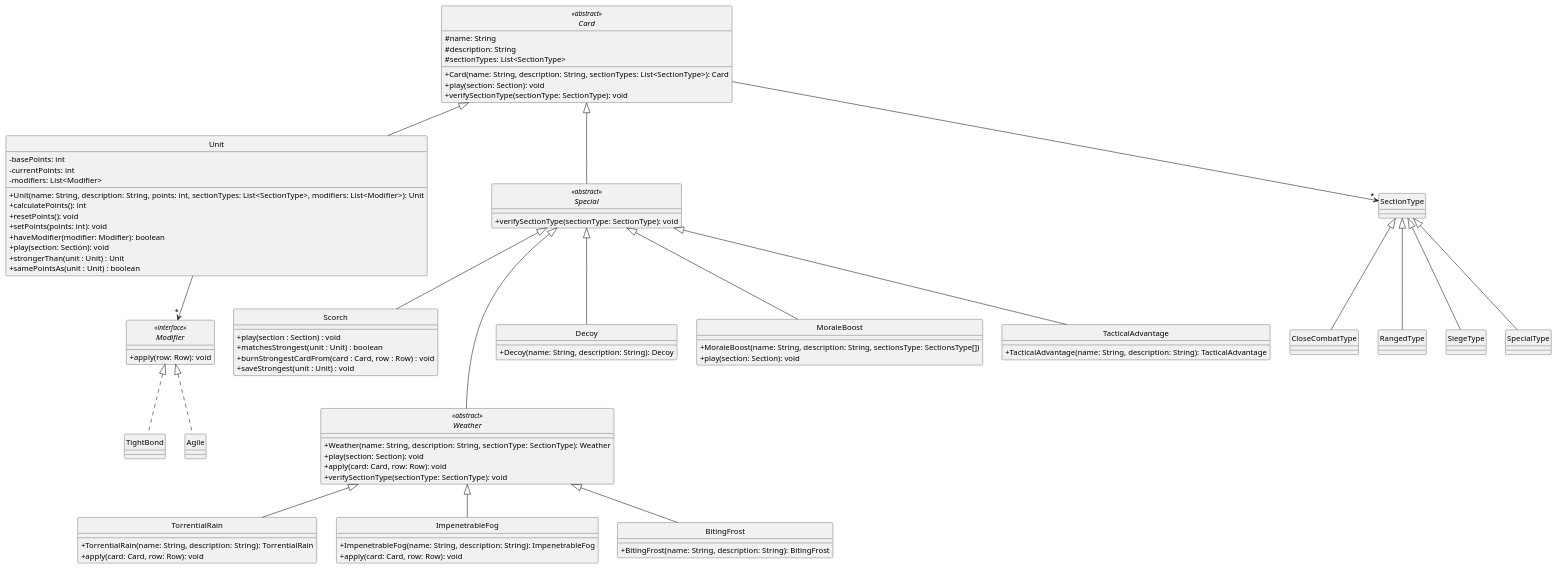
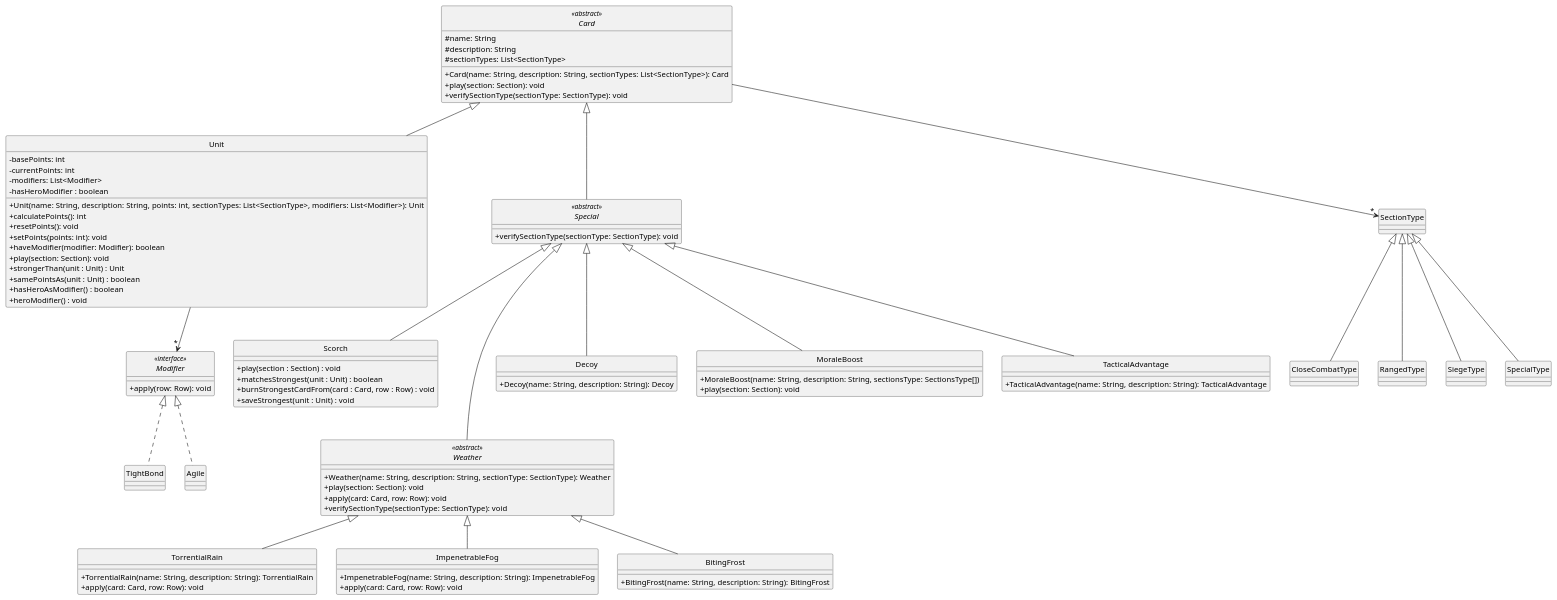
The diagram in diagrams/classes/cards.plantuml (Yonhir/algo3_proyecto_base_tp2), drawn with PlantUML before and after one commit. The commit also changed 10 other files, not shown here.

```diff
--- a/diagrams/classes/cards.plantuml
+++ b/diagrams/classes/cards.plantuml
@@ -1,118 +1,121 @@
 @startuml
 
 skinparam monochrome true
 hide circle
 skinparam classAttributeIconSize 0
 
 ' =====================
 ' CARD HIERARCHY
 ' =====================
 
 abstract class Card <<abstract>> {
   #name: String
   #description: String
   #sectionTypes: List<SectionType>
   +Card(name: String, description: String, sectionTypes: List<SectionType>): Card
   +play(section: Section): void
   +verifySectionType(sectionType: SectionType): void
 }
 
 class Unit {
   -basePoints: int
   -currentPoints: int
   -modifiers: List<Modifier>
+  -hasHeroModifier : boolean
   +Unit(name: String, description: String, points: int, sectionTypes: List<SectionType>, modifiers: List<Modifier>): Unit
   +calculatePoints(): int
   +resetPoints(): void
   +setPoints(points: int): void
   +haveModifier(modifier: Modifier): boolean
   +play(section: Section): void
   +strongerThan(unit : Unit) : Unit
   +samePointsAs(unit : Unit) : boolean
+  +hasHeroAsModifier() : boolean
+  +heroModifier() : void
 }
 
 abstract class Special <<abstract>> {
   +verifySectionType(sectionType: SectionType): void
 }
 
 class Scorch {
   +play(section : Section) : void
   +matchesStrongest(unit : Unit) : boolean
   +burnStrongestCardFrom(card : Card, row : Row) : void
   +saveStrongest(unit : Unit) : void
 }
 
 interface Modifier <<interface>> {
   +apply(row: Row): void
 }
 
 class TightBond {
 }
 
 class Agile {
 }
 
 abstract class Weather <<abstract>> {
   +Weather(name: String, description: String, sectionType: SectionType): Weather
   +play(section: Section): void
   +apply(card: Card, row: Row): void
   +verifySectionType(sectionType: SectionType): void
 }
 
 class TorrentialRain {
   +TorrentialRain(name: String, description: String): TorrentialRain
   +apply(card: Card, row: Row): void
 }
 
 class ImpenetrableFog {
   +ImpenetrableFog(name: String, description: String): ImpenetrableFog
   +apply(card: Card, row: Row): void
 }
 
 class BitingFrost {
   +BitingFrost(name: String, description: String): BitingFrost
 }
 
 class Decoy {
   +Decoy(name: String, description: String): Decoy
 }
 
 class MoraleBoost{
   +MoraleBoost(name: String, description: String, sectionsType: SectionsType[])
   +play(section: Section): void
 }
 
 class TacticalAdvantage {
   +TacticalAdvantage(name: String, description: String): TacticalAdvantage
 }
 
 ' =====================
 ' RELATIONSHIPS
 ' =====================
 
 Card <|-- Unit
 Card <|-- Special
 
 Card --> "*" SectionType
 
 SectionType <|-- CloseCombatType
 SectionType <|-- RangedType
 SectionType <|-- SiegeType
 SectionType <|-- SpecialType
 
 Unit --> "*" Modifier
 
 Modifier <|.. TightBond
 Modifier <|.. Agile
 
 Special <|-- Decoy
 Special <|-- TacticalAdvantage
 Special <|-- Scorch
 Special <|-- MoraleBoost
 Special <|--- Weather
 
 Weather <|-- TorrentialRain
 Weather <|-- ImpenetrableFog
 Weather <|-- BitingFrost
 
 @enduml
```
